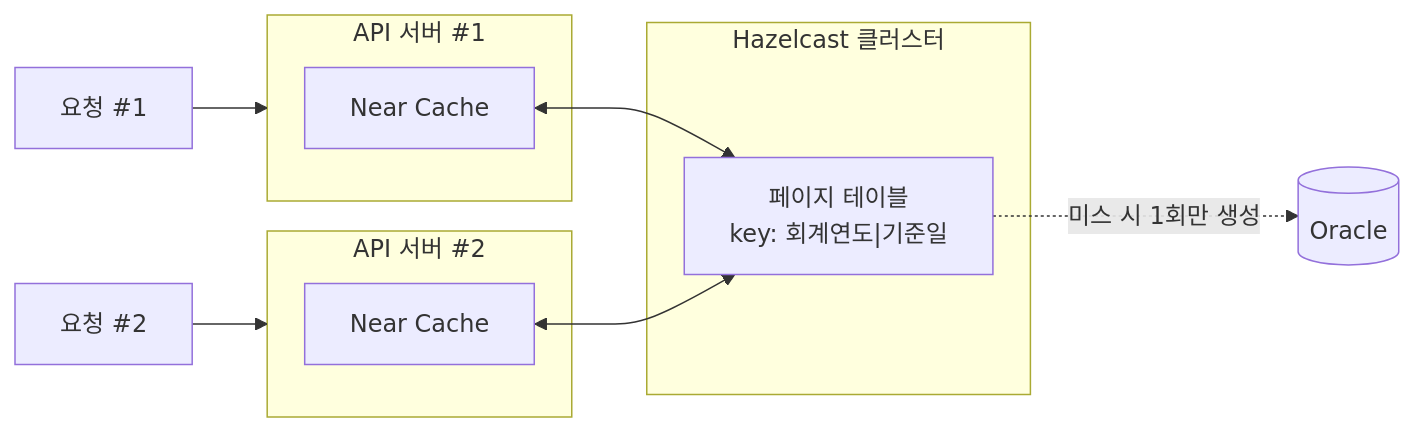
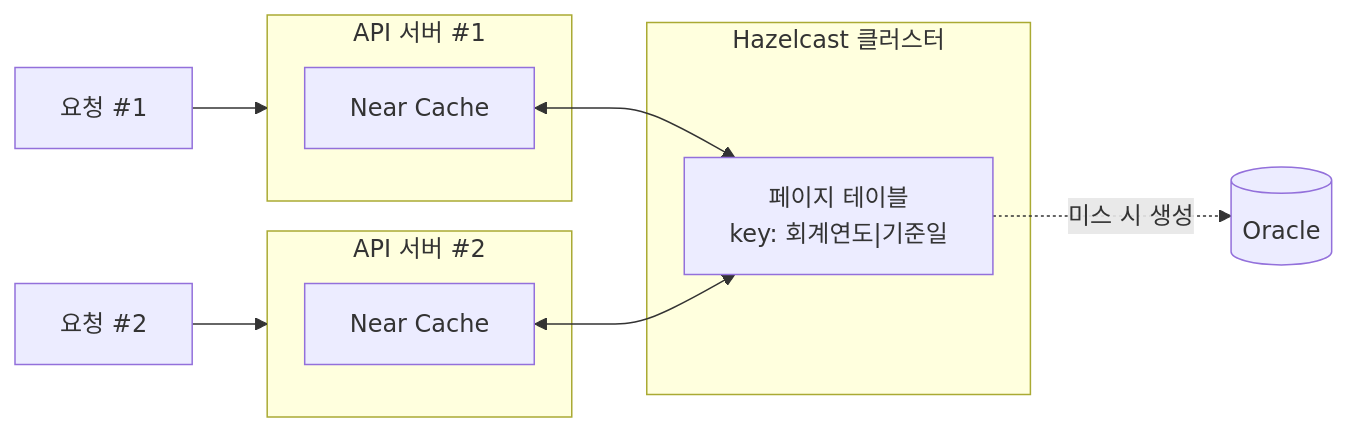
One commit to electronyoon/electronyoon.github.io changed the first of 2 diagrams in _posts/2026-08-27-API에-캐시와-페이지-테이블-달아준-썰.md. Above: the diagram before and after it, drawn with Mermaid. The commit also changed other lines of this file, not shown here.

````diff
--- a/_posts/2026-08-27-API에-캐시와-페이지-테이블-달아준-썰.md
+++ b/_posts/2026-08-27-API에-캐시와-페이지-테이블-달아준-썰.md
@@ -270,21 +225,21 @@
 ```mermaid
 flowchart LR
     U1["요청 #1"]
     U2["요청 #2"]
     subgraph API1["API 서버 #1"]
         NC1["Near Cache"]
     end
     subgraph API2["API 서버 #2"]
         NC2["Near Cache"]
     end
     subgraph HZ["Hazelcast 클러스터"]
         MAP["페이지 테이블<br/>key: 회계연도|기준일"]
     end
     DB[("Oracle")]
 
     U1 --> API1
     U2 --> API2
     NC1 <--> MAP
     NC2 <--> MAP
-    MAP -.->|"미스 시 1회만 생성"| DB
+    MAP -.->|"미스 시 생성"| DB
 ```
````
